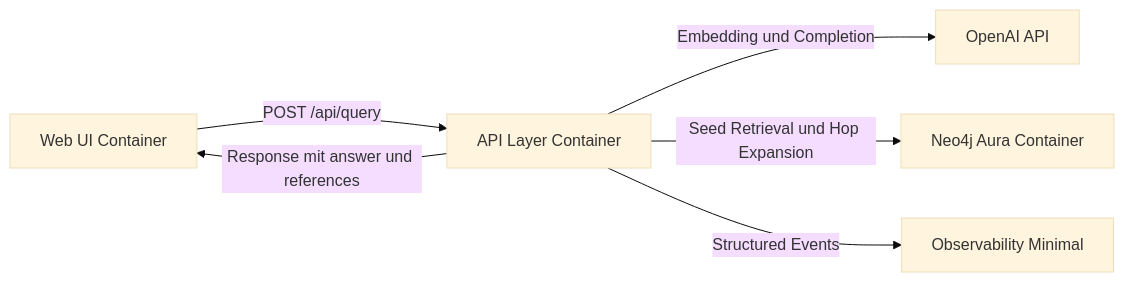
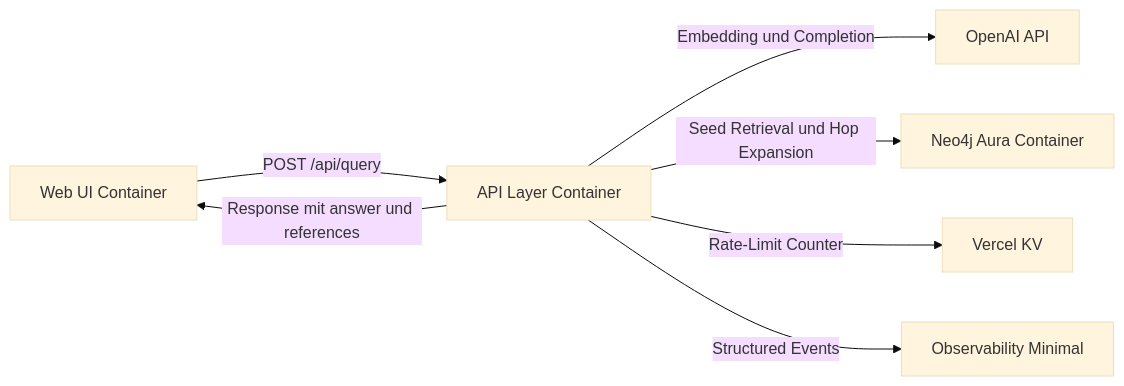
Before and after one commit to mimeonline/system-graph-rag-lab: the second of 3 diagrams in docs/architecture/arc42.md, drawn with Mermaid (base theme). The commit also changed other lines of this file and 8 other files, not shown here.

Commit message:
chore: harden architecture artifacts and sync agent guidelines

````diff
--- a/docs/architecture/arc42.md
+++ b/docs/architecture/arc42.md
@@ -58,14 +63,16 @@
 ```mermaid
 flowchart LR
   web[Web UI Container]
   api[API Layer Container]
   neo4j[Neo4j Aura Container]
   openai[OpenAI API]
+  kv[Vercel KV]
   obs[Observability Minimal]
 
   web -->|POST /api/query| api
   api -->|Embedding und Completion| openai
   api -->|Seed Retrieval und Hop Expansion| neo4j
+  api -->|Rate-Limit Counter| kv
   api -->|Structured Events| obs
   api -->|Response mit answer und references| web
 ```
````
